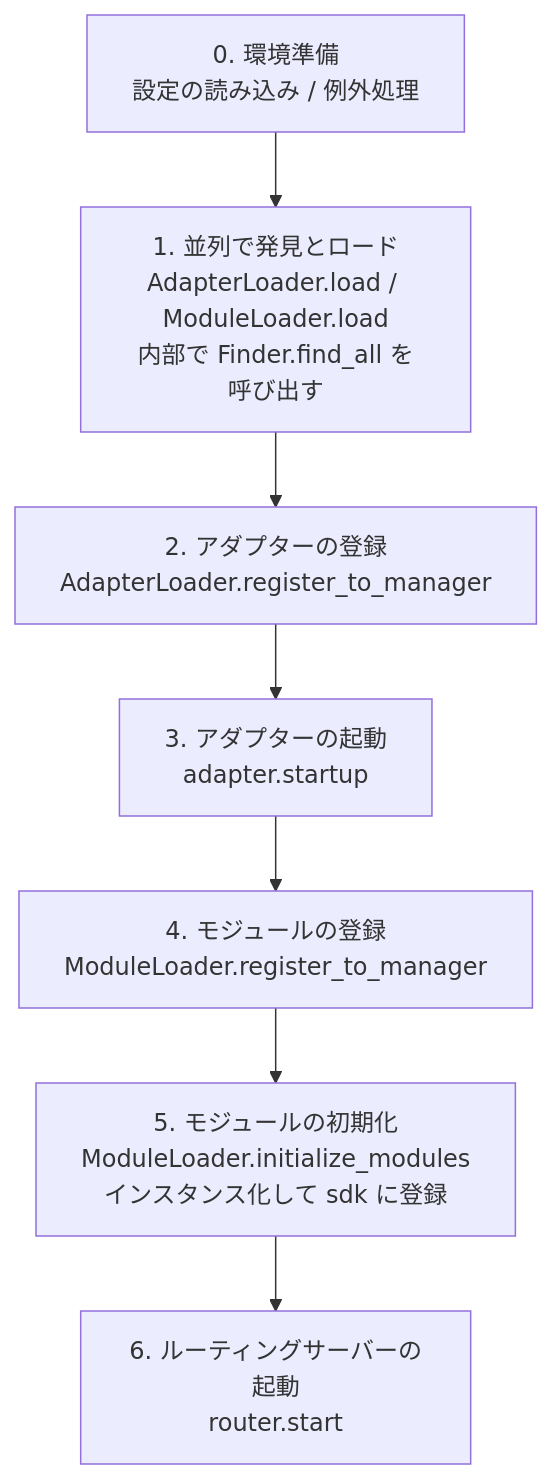
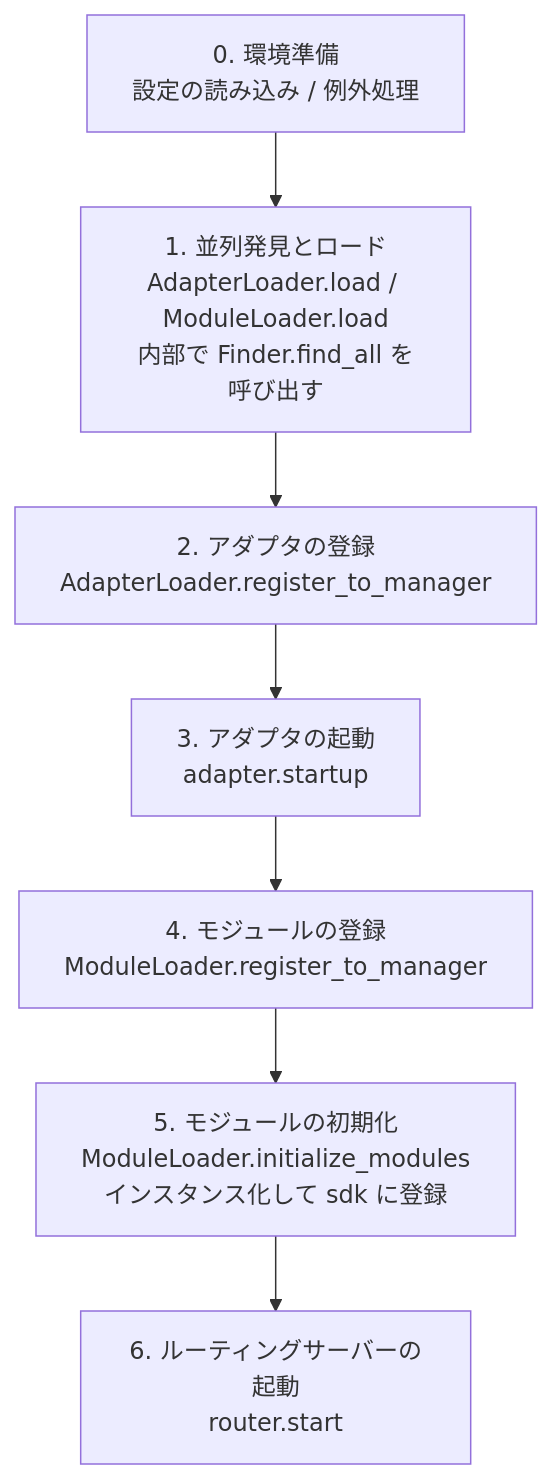
Before and after one commit to ErisPulse/ErisPulse: the diagram in docs/ja/advanced/startup.md, drawn with Mermaid. The commit also changed other lines of this file and 194 other files, not shown here.

````diff
--- a/docs/ja/advanced/startup.md
+++ b/docs/ja/advanced/startup.md
@@ -30,10 +30,10 @@
 ```mermaid
 flowchart TD
     A[0. 環境準備<br/>設定の読み込み / 例外処理] --> B
-    B[1. 並列で発見とロード<br/>AdapterLoader.load / ModuleLoader.load<br/>内部で Finder.find_all を呼び出す] --> C
-    C[2. アダプターの登録<br/>AdapterLoader.register_to_manager] --> D
-    D[3. アダプターの起動<br/>adapter.startup] --> E
+    B[1. 並列発見とロード<br/>AdapterLoader.load / ModuleLoader.load<br/>内部で Finder.find_all を呼び出す] --> C
+    C[2. アダプタの登録<br/>AdapterLoader.register_to_manager] --> D
+    D[3. アダプタの起動<br/>adapter.startup] --> E
     E[4. モジュールの登録<br/>ModuleLoader.register_to_manager] --> F
     F[5. モジュールの初期化<br/>ModuleLoader.initialize_modules<br/>インスタンス化して sdk に登録] --> G
     G[6. ルーティングサーバーの起動<br/>router.start]
 ```
````
